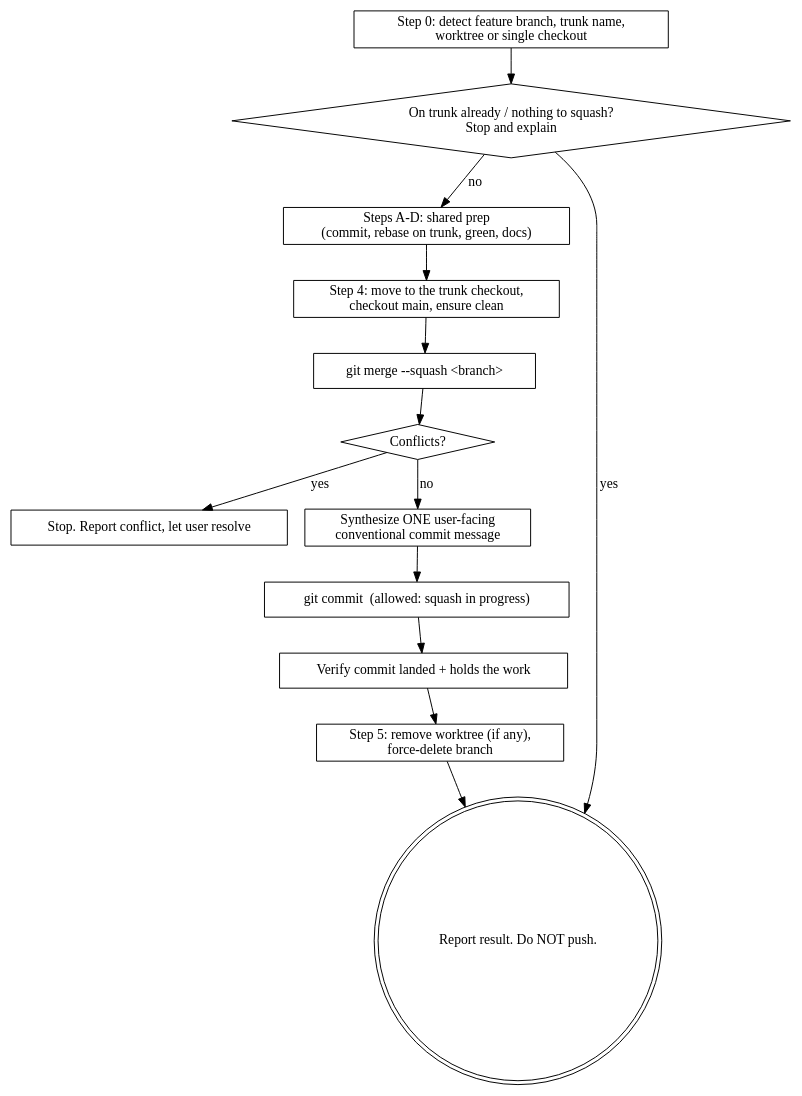
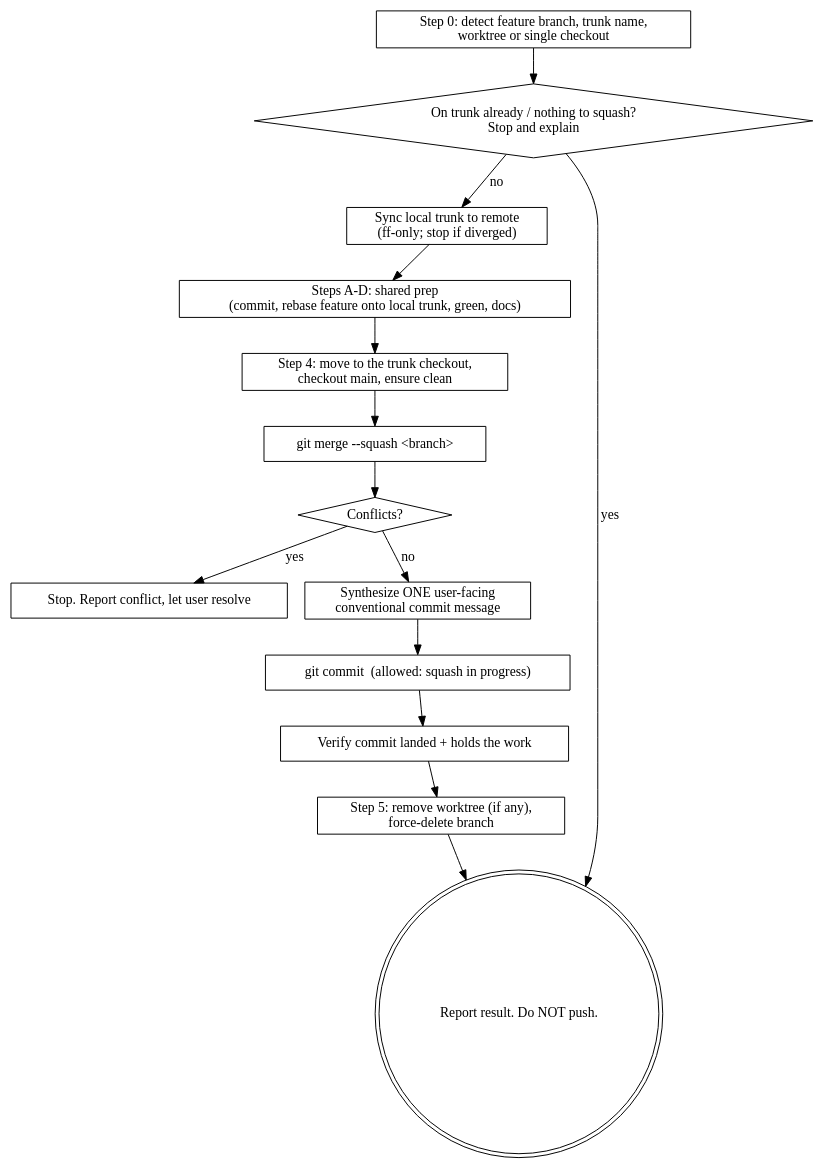
One commit to natelandau/cc-plugin changed the diagram in plugins/natelandau-toolkit/skills/squash/SKILL.md. Above: the diagram before and after it, drawn with Graphviz. The commit also changed other lines of this file and 13 other files, not shown here.

````diff
--- a/plugins/natelandau-toolkit/skills/squash/SKILL.md
+++ b/plugins/natelandau-toolkit/skills/squash/SKILL.md
@@ -42,26 +42,27 @@
 ```dot
 digraph squash {
   rankdir=TB; node [shape=box];
   detect   [label="Step 0: detect feature branch, trunk name,\nworktree or single checkout"];
   refuse   [label="On trunk already / nothing to squash?\nStop and explain" shape=diamond];
-  prep     [label="Steps A-D: shared prep\n(commit, rebase on trunk, green, docs)"];
+  sync     [label="Sync local trunk to remote\n(ff-only; stop if diverged)"];
+  prep     [label="Steps A-D: shared prep\n(commit, rebase feature onto local trunk, green, docs)"];
   goto     [label="Step 4: move to the trunk checkout,\ncheckout main, ensure clean"];
   squash   [label="git merge --squash <branch>"];
   conflict [label="Conflicts?" shape=diamond];
   resolve  [label="Stop. Report conflict, let user resolve"];
   msg      [label="Synthesize ONE user-facing\nconventional commit message"];
   commit2  [label="git commit  (allowed: squash in progress)"];
   verify   [label="Verify commit landed + holds the work"];
   cleanup  [label="Step 5: remove worktree (if any),\nforce-delete branch"];
   done     [label="Report result. Do NOT push." shape=doublecircle];
 
   detect -> refuse;
   refuse -> done [label="yes"];
-  refuse -> prep [label="no"];
-  prep -> goto -> squash -> conflict;
+  refuse -> sync [label="no"];
+  sync -> prep -> goto -> squash -> conflict;
   conflict -> resolve [label="yes"];
   conflict -> msg [label="no"];
   msg -> commit2;
   commit2 -> verify -> cleanup -> done;
 }
 ```
````
